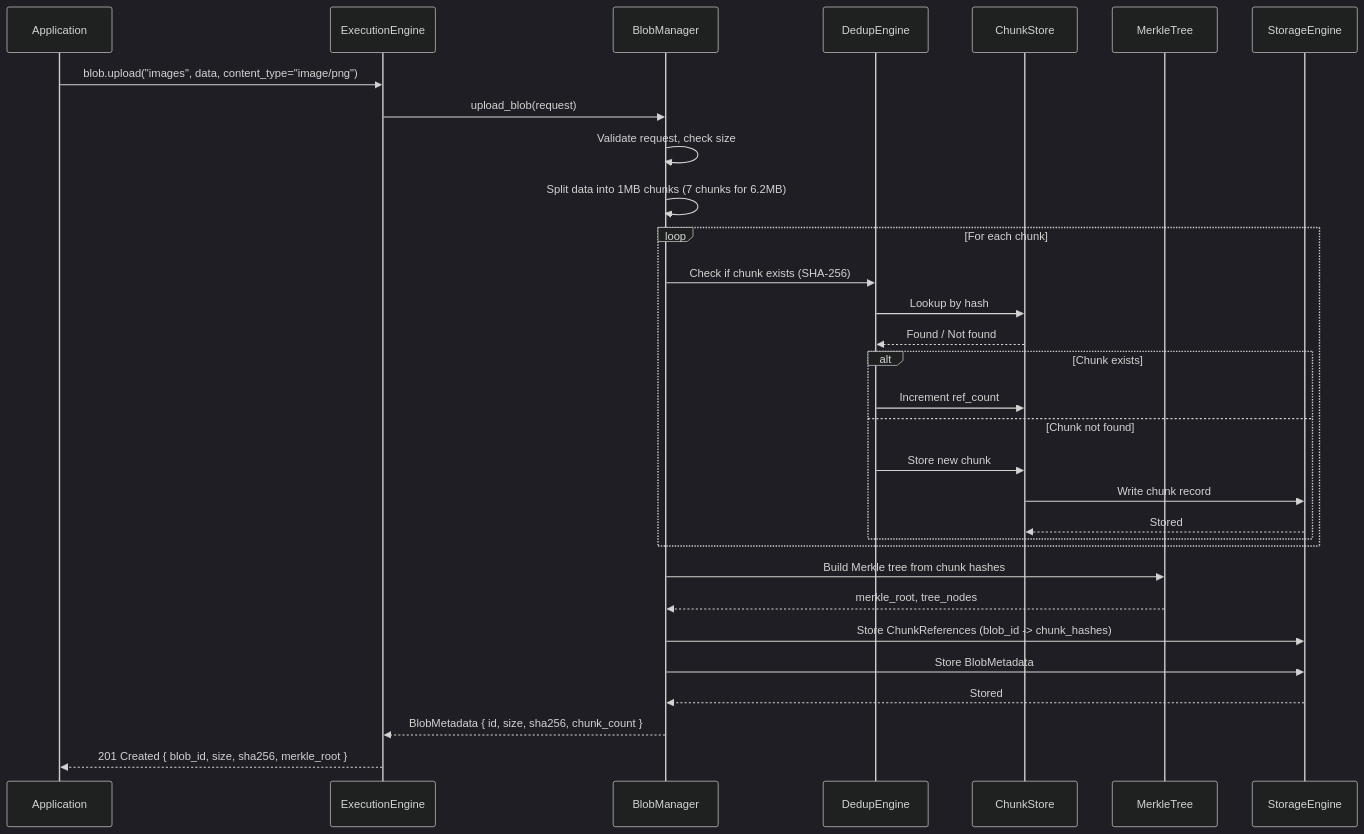
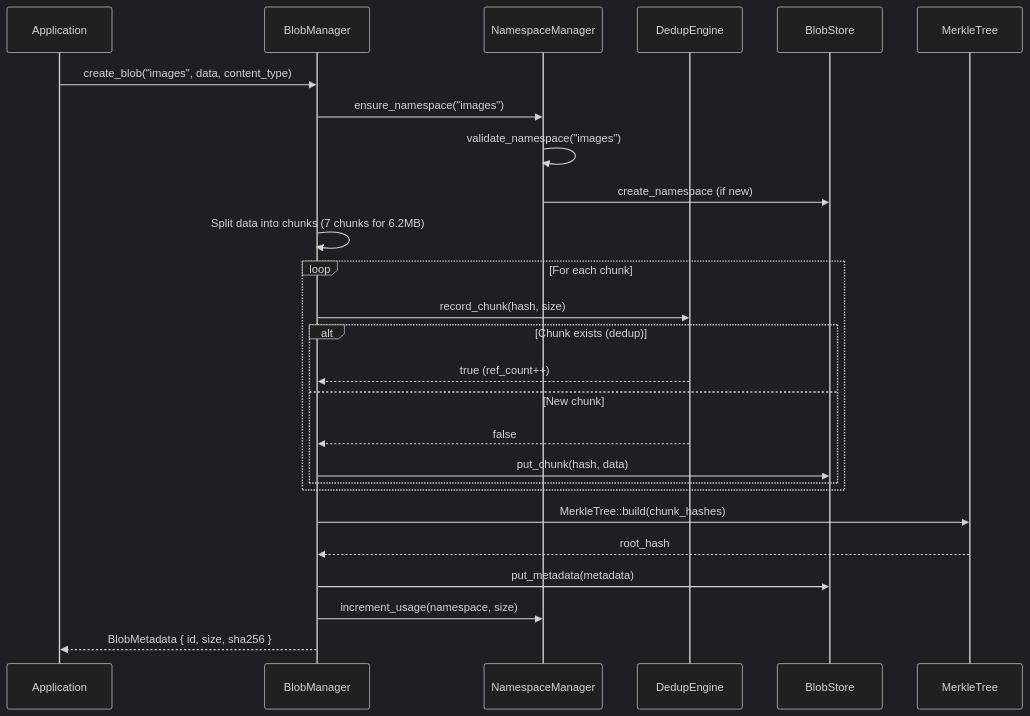
One commit to Icarus-afk/Nova-Runtime changed the fifth of 12 diagrams in docs/20-blob-storage.md. Above: the diagram before and after it, drawn with Mermaid (dark theme). The commit also changed other lines of this file and 7 other files, not shown here.

First line of the commit message:
Update architecture docs to match Phase 3 implementation

````diff
--- a/docs/20-blob-storage.md
+++ b/docs/20-blob-storage.md
@@ -1411,42 +895,34 @@
 ```mermaid
 sequenceDiagram
     participant A as Application
-    participant EE as ExecutionEngine
     participant BM as BlobManager
+    participant NS as NamespaceManager
     participant DE as DedupEngine
-    participant CH as ChunkStore
+    participant ST as BlobStore
     participant MT as MerkleTree
-    participant SE as StorageEngine
 
-    A->>EE: blob.upload("images", data, content_type="image/png")
-    EE->>BM: upload_blob(request)
+    A->>BM: create_blob("images", data, content_type)
+    BM->>NS: ensure_namespace("images")
+    NS->>NS: validate_namespace("images")
+    NS->>ST: create_namespace (if new)
     
-    BM->>BM: Validate request, check size
-    
-    BM->>BM: Split data into 1MB chunks (7 chunks for 6.2MB)
+    BM->>BM: Split data into chunks (7 chunks for 6.2MB)
     
     loop For each chunk
-        BM->>DE: Check if chunk exists (SHA-256)
-        DE->>CH: Lookup by hash
-        CH-->>DE: Found / Not found
-        
-        alt Chunk exists
-            DE->>CH: Increment ref_count
-        else Chunk not found
-            DE->>CH: Store new chunk
-            CH->>SE: Write chunk record
-            SE-->>CH: Stored
+        BM->>DE: record_chunk(hash, size)
+        alt Chunk exists (dedup)
+            DE-->>BM: true (ref_count++)
+        else New chunk
+            DE-->>BM: false
+            BM->>ST: put_chunk(hash, data)
         end
     end
     
-    BM->>MT: Build Merkle tree from chunk hashes
-    MT-->>BM: merkle_root, tree_nodes
+    BM->>MT: MerkleTree::build(chunk_hashes)
+    MT-->>BM: root_hash
     
-    BM->>SE: Store ChunkReferences (blob_id -> chunk_hashes)
-    BM->>SE: Store BlobMetadata
+    BM->>ST: put_metadata(metadata)
+    BM->>NS: increment_usage(namespace, size)
     
-    SE-->>BM: Stored
-    
-    BM-->>EE: BlobMetadata { id, size, sha256, chunk_count }
-    EE-->>A: 201 Created { blob_id, size, sha256, merkle_root }
+    BM-->>A: BlobMetadata { id, size, sha256 }
 ```
````
